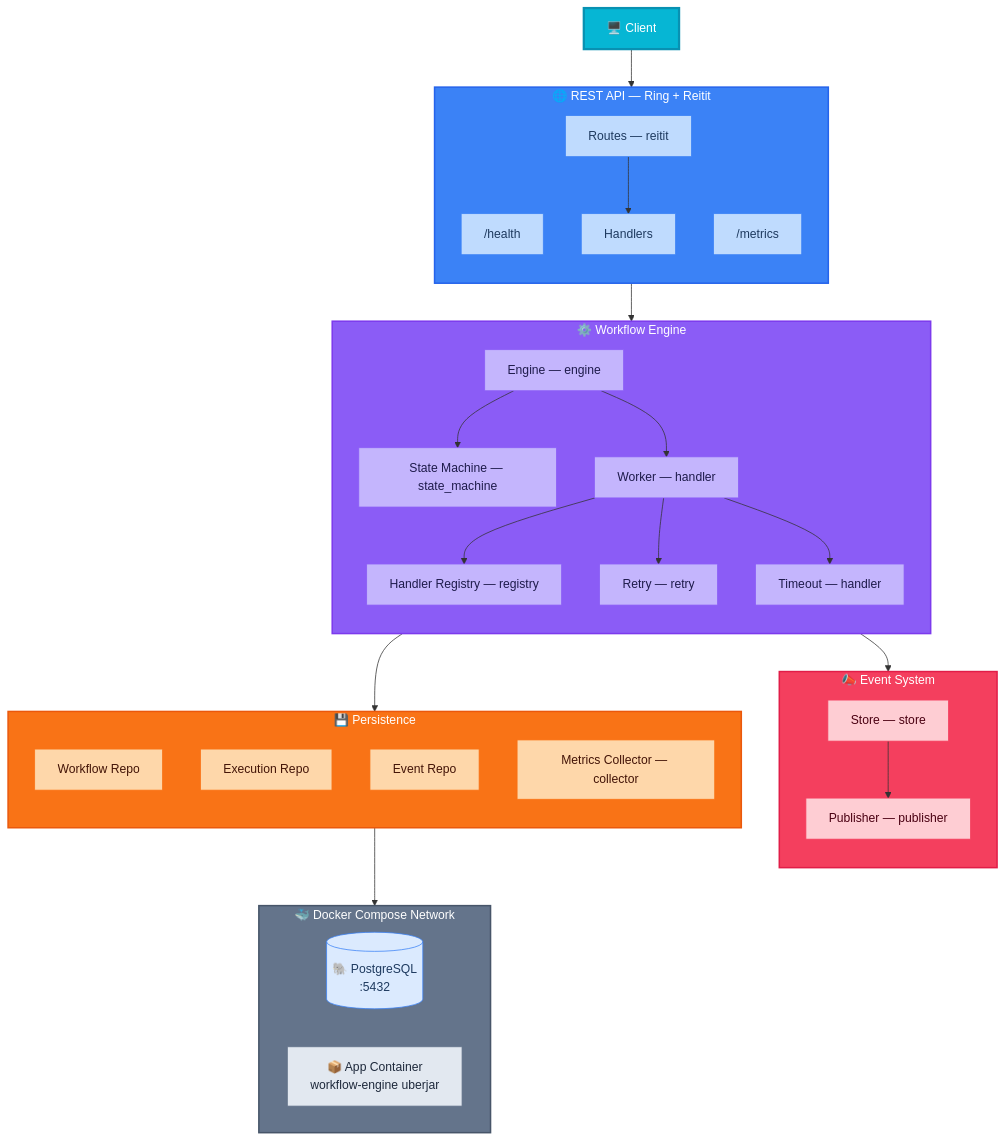
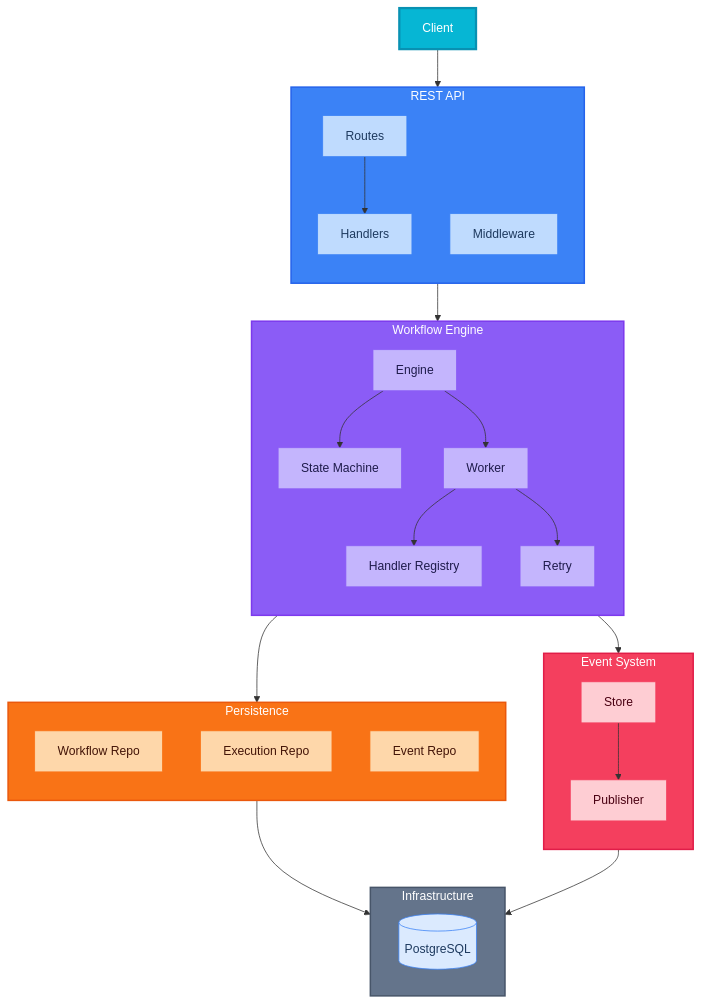
One commit to sergio11/workflow_engine_architecture_poc changed the second of 5 diagrams in README.md. Above: the diagram before and after it, drawn with Mermaid. The commit also changed other lines of this file, not shown here.

First line of the commit message:
docs: improve README readability and simplify architecture diagrams

````diff
--- a/README.md
+++ b/README.md
@@ -158,80 +154,71 @@
 ```mermaid
 graph TD
-    Client["🖥️  Client"]
+    Client["Client"]
 
-    subgraph REST["🌐 REST API — Ring + Reitit"]
+    subgraph API["REST API"]
         direction TB
-        Health["/health"]
-        Metrics["/metrics"]
-        Routes["Routes — reitit"]
+        Routes["Routes"]
         Handlers["Handlers"]
+        Middleware["Middleware"]
         Routes --> Handlers
     end
 
-    subgraph Engine["⚙️  Workflow Engine"]
+    subgraph Engine["Workflow Engine"]
         direction TB
-        Eng["Engine — engine"]
-        SM["State Machine — state_machine"]
-        Worker["Worker — handler"]
-        Registry["Handler Registry — registry"]
-        Retry["Retry — retry"]
-        Timeout["Timeout — handler"]
+        Eng["Engine"]
+        SM["State Machine"]
+        Worker["Worker"]
+        Registry["Handler Registry"]
+        Retry["Retry"]
         Eng --> SM
         Eng --> Worker
         Worker --> Registry
         Worker --> Retry
-        Worker --> Timeout
     end
 
-    subgraph Events["📣  Event System"]
+    subgraph Events["Event System"]
         direction TB
-        Store["Store — store"]
-        Publisher["Publisher — publisher"]
+        Store["Store"]
+        Publisher["Publisher"]
         Store --> Publisher
     end
 
-    subgraph Persistence["💾  Persistence"]
+    subgraph Persistence["Persistence"]
         direction TB
         WFRepo["Workflow Repo"]
         ExecRepo["Execution Repo"]
         EventRepo["Event Repo"]
-        Collector["Metrics Collector — collector"]
     end
 
-    subgraph Infra["🐳  Docker Compose Network"]
-        direction LR
-        PostgreSQL[("🐘  PostgreSQL\n:5432")]
-        App["📦  App Container\nworkflow-engine uberjar"]
+    subgraph Infra["Infrastructure"]
+        PostgreSQL[("PostgreSQL")]
     end
 
-    Client --> REST
-    REST --> Engine
+    Client --> API
+    API --> Engine
     Engine --> Events
     Engine --> Persistence
     Persistence --> Infra
+    Events --> Infra
 
     style Client fill:#06b6d4,stroke:#0891b2,color:#fff,stroke-width:3px
-    style REST fill:#3b82f6,stroke:#2563eb,color:#fff,stroke-width:2px
+    style API fill:#3b82f6,stroke:#2563eb,color:#fff,stroke-width:2px
     style Engine fill:#8b5cf6,stroke:#7c3aed,color:#fff,stroke-width:2px
     style Events fill:#f43f5e,stroke:#e11d48,color:#fff,stroke-width:2px
     style Persistence fill:#f97316,stroke:#ea580c,color:#fff,stroke-width:2px
     style Infra fill:#64748b,stroke:#475569,color:#fff,stroke-width:2px
-    style Health fill:#bfdbfe,stroke:#3b82f6,color:#1e3a5f
-    style Metrics fill:#bfdbfe,stroke:#3b82f6,color:#1e3a5f
     style Routes fill:#bfdbfe,stroke:#3b82f6,color:#1e3a5f
     style Handlers fill:#bfdbfe,stroke:#3b82f6,color:#1e3a5f
+    style Middleware fill:#bfdbfe,stroke:#3b82f6,color:#1e3a5f
     style Eng fill:#c4b5fd,stroke:#8b5cf6,color:#1e1b4b
     style SM fill:#c4b5fd,stroke:#8b5cf6,color:#1e1b4b
     style Worker fill:#c4b5fd,stroke:#8b5cf6,color:#1e1b4b
     style Registry fill:#c4b5fd,stroke:#8b5cf6,color:#1e1b4b
     style Retry fill:#c4b5fd,stroke:#8b5cf6,color:#1e1b4b
-    style Timeout fill:#c4b5fd,stroke:#8b5cf6,color:#1e1b4b
     style Store fill:#fecdd3,stroke:#f43f5e,color:#4a0012
     style Publisher fill:#fecdd3,stroke:#f43f5e,color:#4a0012
     style WFRepo fill:#fed7aa,stroke:#f97316,color:#431407
     style ExecRepo fill:#fed7aa,stroke:#f97316,color:#431407
     style EventRepo fill:#fed7aa,stroke:#f97316,color:#431407
-    style Collector fill:#fed7aa,stroke:#f97316,color:#431407
     style PostgreSQL fill:#dbeafe,stroke:#3b82f6,color:#1e3a5f
-    style App fill:#e2e8f0,stroke:#64748b,color:#1e293b
 ```
````
